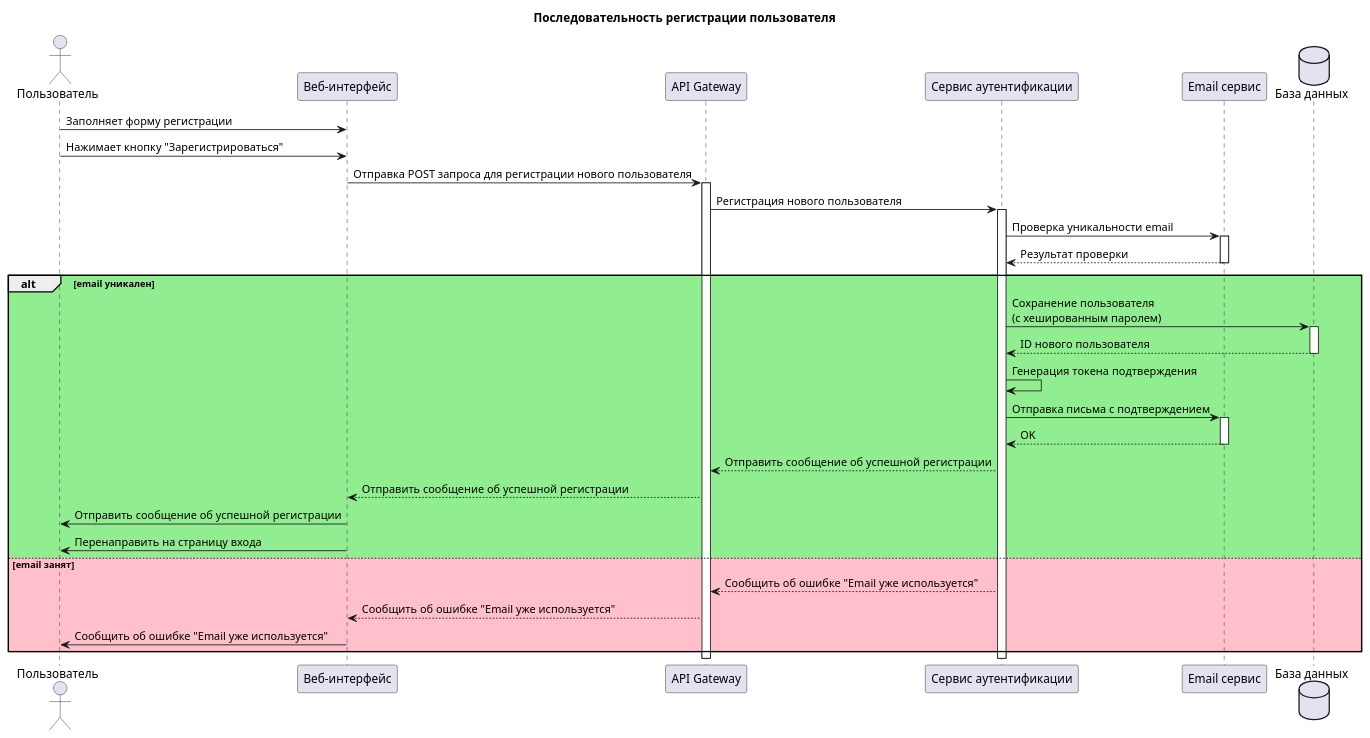
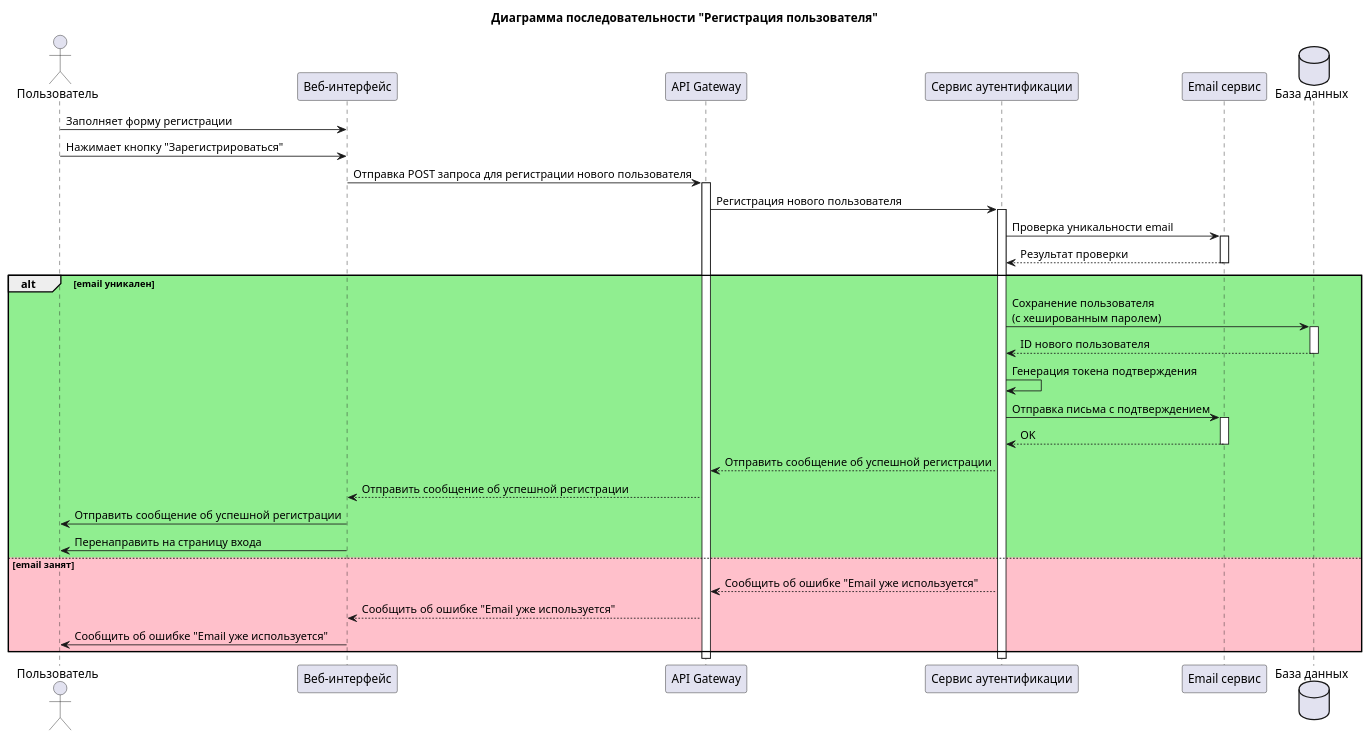
One commit to Lyudmila-55/Levchenko_analytics_practice changed the diagram in practice_BA/sequence_1.puml. Above: the diagram before and after it, drawn with PlantUML. The commit also changed 2 other files, not shown here.

Commit message:
sequence_2

```diff
--- a/practice_BA/sequence_1.puml
+++ b/practice_BA/sequence_1.puml
@@ -1,48 +1,48 @@
 @startuml user_registration_sequence
-title Последовательность регистрации пользователя
+title Диаграмма последовательности "Регистрация пользователя"
 
 actor Пользователь as user
 participant "Веб-интерфейс" as ui
 participant "API Gateway" as api
 participant "Сервис аутентификации" as auth
 participant "Email сервис" as email
 database "База данных" as db
 
 user -> ui : Заполняет форму регистрации
 user -> ui : Нажимает кнопку "Зарегистрироваться"
 
 ui -> api : Отправка POST запроса для регистрации нового пользователя
 activate api
 
 api -> auth : Регистрация нового пользователя
 activate auth
 
 auth -> email : Проверка уникальности email
 activate email
 email --> auth : Результат проверки
 deactivate email
 
 alt #lightgreen email уникален
     auth -> db : Сохранение пользователя\n(с хешированным паролем)
     activate db
     db --> auth : ID нового пользователя
     deactivate db
     
     auth -> auth : Генерация токена подтверждения
     auth -> email : Отправка письма с подтверждением
     activate email
     email --> auth : OK
     deactivate email
     
     auth --> api : Отправить сообщение об успешной регистрации
     api --> ui : Отправить сообщение об успешной регистрации
     ui -> user : Отправить сообщение об успешной регистрации
     ui -> user : Перенаправить на страницу входа
 
 else #Pink email занят
     auth --> api : Сообщить об ошибке "Email уже используется"
     api --> ui : Сообщить об ошибке "Email уже используется"
     ui -> user : Сообщить об ошибке "Email уже используется"
 
 end
 @enduml
```
